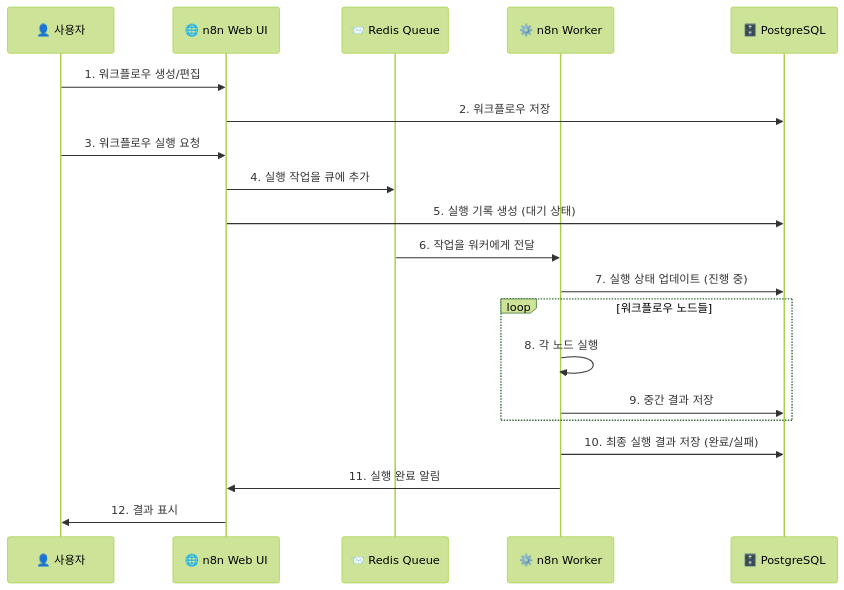
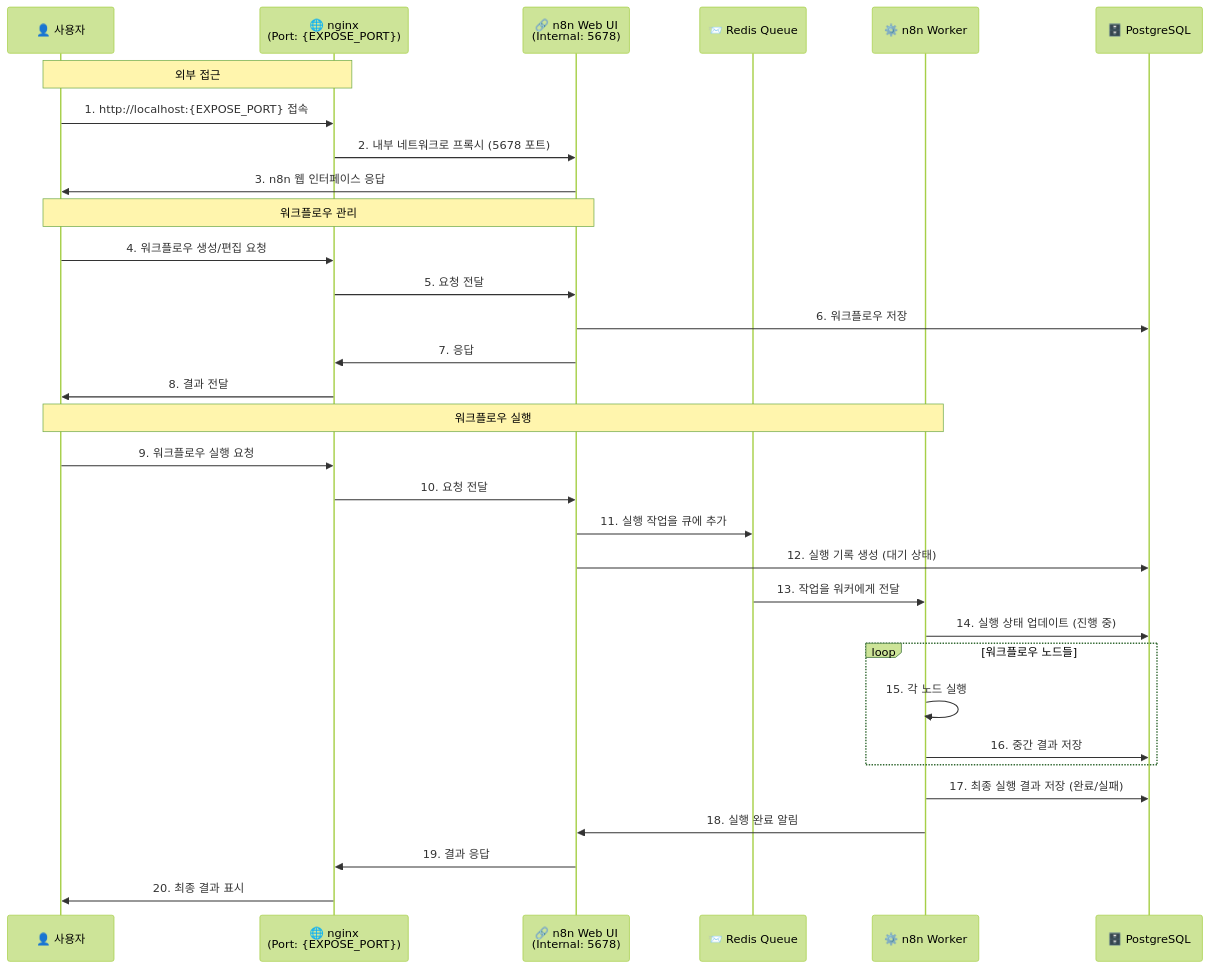
One commit to GzuPark/n8n-custom changed the first of 5 diagrams in README.md. Above: the diagram before and after it, drawn with Mermaid (forest theme). The commit also changed other lines of this file and 10 other files, not shown here.

````diff
--- a/README.md
+++ b/README.md
@@ -73,27 +54,40 @@
 ```mermaid
 sequenceDiagram
     participant U as 👤 사용자
-    participant W as 🌐 n8n Web UI
+    participant N as 🌐 nginx<br/>(Port: {EXPOSE_PORT})
+    participant W as 🔗 n8n Web UI<br/>(Internal: 5678)
     participant R as 📨 Redis Queue
     participant WK as ⚙️ n8n Worker
     participant DB as 🗄️ PostgreSQL
 
-    U->>W: 1. 워크플로우 생성/편집
-    W->>DB: 2. 워크플로우 저장
+    Note over U,N: 외부 접근
+    U->>N: 1. http://localhost:{EXPOSE_PORT} 접속
+    N->>W: 2. 내부 네트워크로 프록시 (5678 포트)
+    W->>U: 3. n8n 웹 인터페이스 응답
     
-    U->>W: 3. 워크플로우 실행 요청
-    W->>R: 4. 실행 작업을 큐에 추가
-    W->>DB: 5. 실행 기록 생성 (대기 상태)
+    Note over U,W: 워크플로우 관리
+    U->>N: 4. 워크플로우 생성/편집 요청
+    N->>W: 5. 요청 전달
+    W->>DB: 6. 워크플로우 저장
+    W->>N: 7. 응답
+    N->>U: 8. 결과 전달
     
-    R->>WK: 6. 작업을 워커에게 전달
-    WK->>DB: 7. 실행 상태 업데이트 (진행 중)
+    Note over U,WK: 워크플로우 실행
+    U->>N: 9. 워크플로우 실행 요청
+    N->>W: 10. 요청 전달
+    W->>R: 11. 실행 작업을 큐에 추가
+    W->>DB: 12. 실행 기록 생성 (대기 상태)
+    
+    R->>WK: 13. 작업을 워커에게 전달
+    WK->>DB: 14. 실행 상태 업데이트 (진행 중)
     
     loop 워크플로우 노드들
-        WK->>WK: 8. 각 노드 실행
-        WK->>DB: 9. 중간 결과 저장
+        WK->>WK: 15. 각 노드 실행
+        WK->>DB: 16. 중간 결과 저장
     end
     
-    WK->>DB: 10. 최종 실행 결과 저장 (완료/실패)
-    WK->>W: 11. 실행 완료 알림
-    W->>U: 12. 결과 표시
+    WK->>DB: 17. 최종 실행 결과 저장 (완료/실패)
+    WK->>W: 18. 실행 완료 알림
+    W->>N: 19. 결과 응답
+    N->>U: 20. 최종 결과 표시
 ```
````
